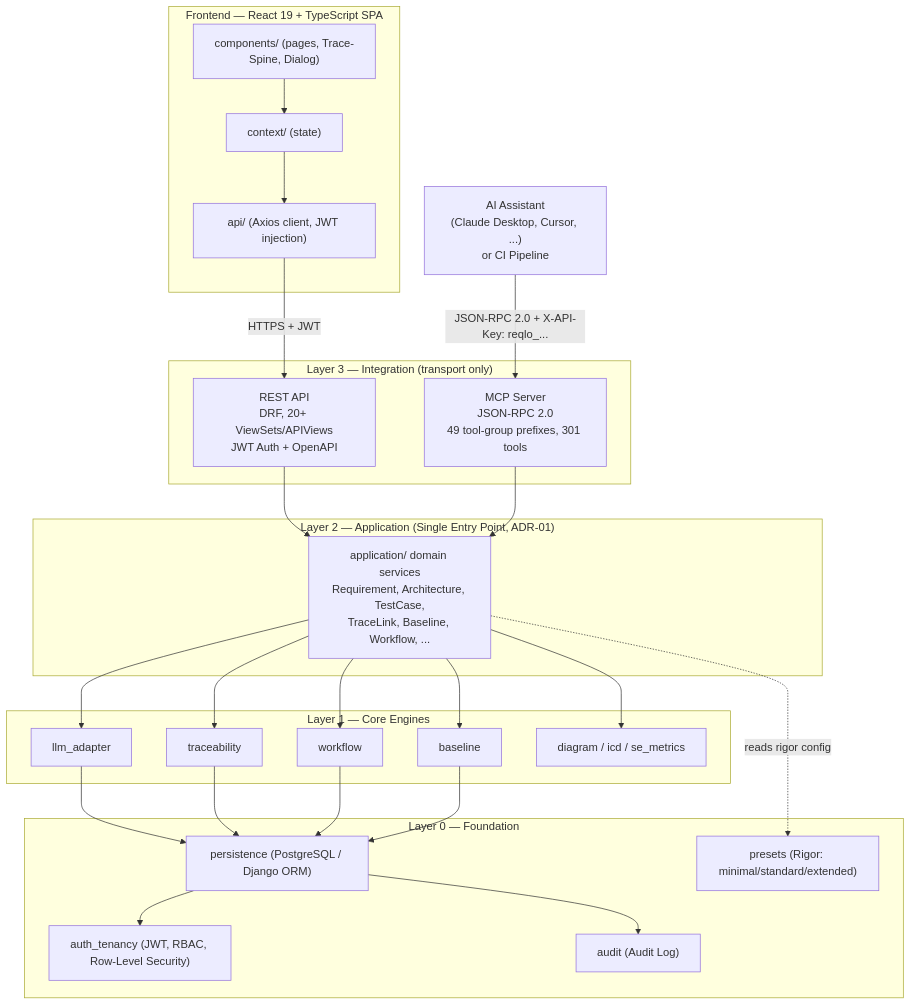
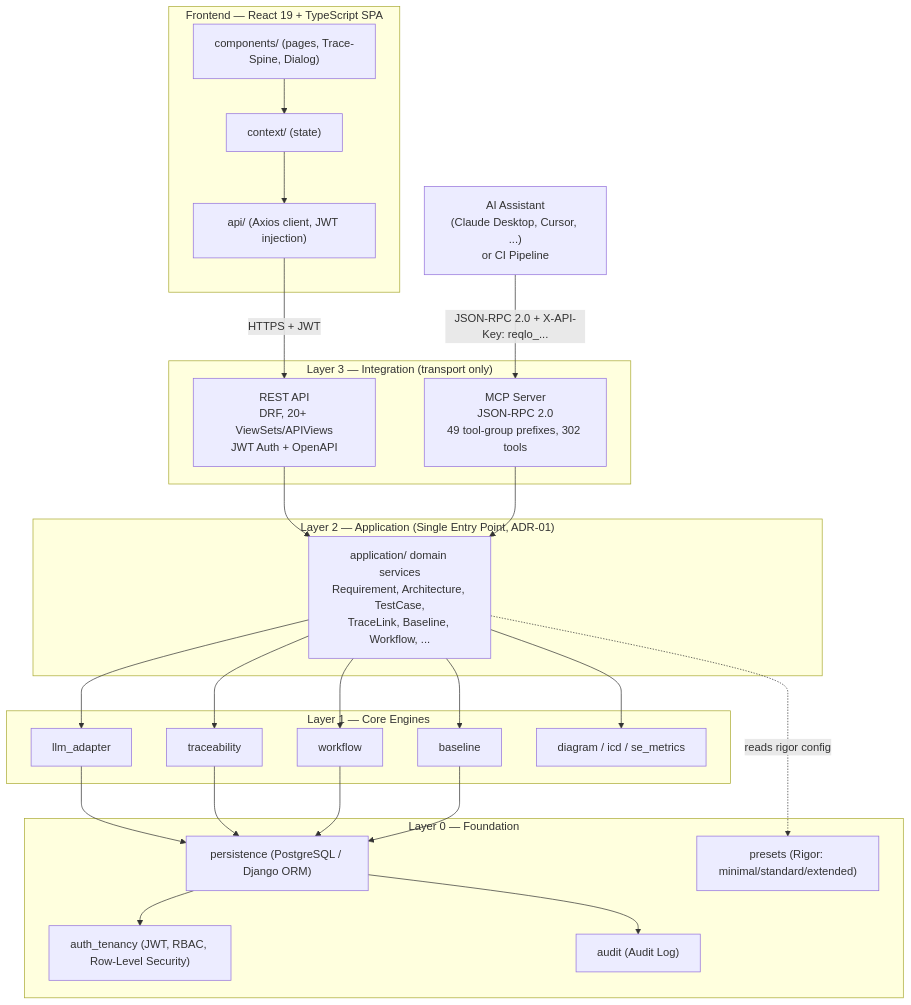
Before and after one commit to Popoboxxo/ReqogniLoom: the first of 3 diagrams in README.md, drawn with Mermaid. The commit also changed other lines of this file and 11 other files, not shown here.

````diff
--- a/README.md
+++ b/README.md
@@ -104,53 +104,53 @@
 ```mermaid
 graph TD
     subgraph FE["Frontend — React 19 + TypeScript SPA"]
         UI["components/ (pages, Trace-Spine, Dialog)"]
         CTX["context/ (state)"]
         APICLIENT["api/ (Axios client, JWT injection)"]
         UI --> CTX --> APICLIENT
     end
 
     EXT["AI Assistant<br/>(Claude Desktop, Cursor, ...)<br/>or CI Pipeline"]
 
     subgraph L3["Layer 3 — Integration (transport only)"]
         REST["REST API<br/>DRF, 20+ ViewSets/APIViews<br/>JWT Auth + OpenAPI"]
-        MCP["MCP Server<br/>JSON-RPC 2.0<br/>49 tool-group prefixes, 301 tools"]
+        MCP["MCP Server<br/>JSON-RPC 2.0<br/>49 tool-group prefixes, 302 tools"]
     end
 
     subgraph L2["Layer 2 — Application (Single Entry Point, ADR-01)"]
         APP["application/ domain services<br/>Requirement, Architecture, TestCase,<br/>TraceLink, Baseline, Workflow, ..."]
     end
 
     subgraph L1["Layer 1 — Core Engines"]
         LLM["llm_adapter"]
         TRACE["traceability"]
         WF["workflow"]
         BASE["baseline"]
         DIAG["diagram / icd / se_metrics"]
     end
 
     subgraph L0["Layer 0 — Foundation"]
         PERSIST["persistence (PostgreSQL / Django ORM)"]
         AUTH["auth_tenancy (JWT, RBAC, Row-Level Security)"]
         PRESET["presets (Rigor: minimal/standard/extended)"]
         AUDIT["audit (Audit Log)"]
     end
 
     APICLIENT -->|"HTTPS + JWT"| REST
     EXT -->|"JSON-RPC 2.0 + X-API-Key: reqlo_..."| MCP
 
     REST --> APP
     MCP --> APP
     APP --> LLM
     APP --> TRACE
     APP --> WF
     APP --> BASE
     APP --> DIAG
     APP -.->|"reads rigor config"| PRESET
     LLM --> PERSIST
     TRACE --> PERSIST
     WF --> PERSIST
     BASE --> PERSIST
     PERSIST --> AUTH
     PERSIST --> AUDIT
 ```
````
